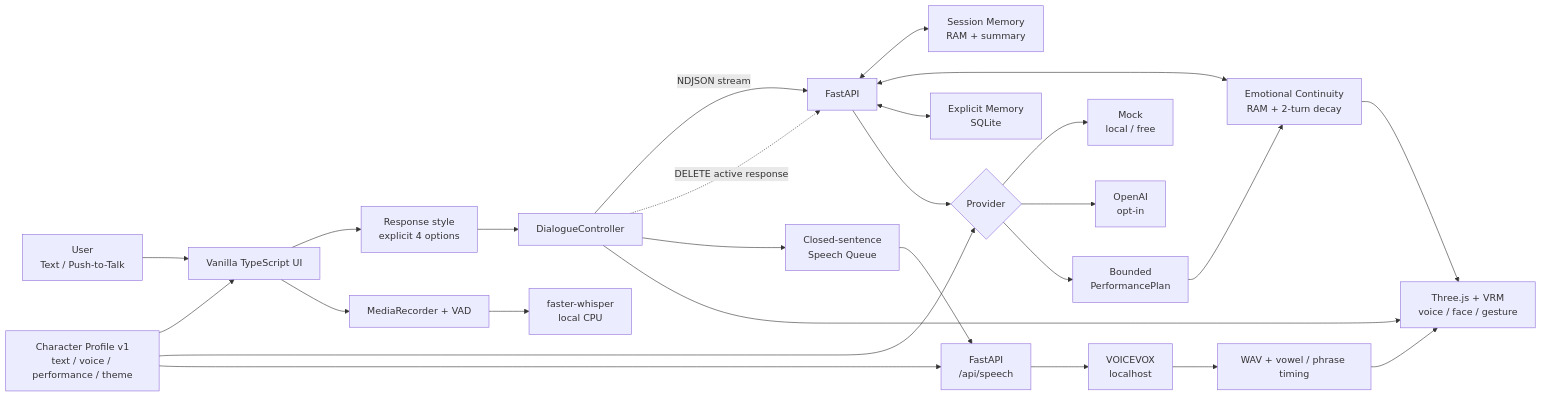
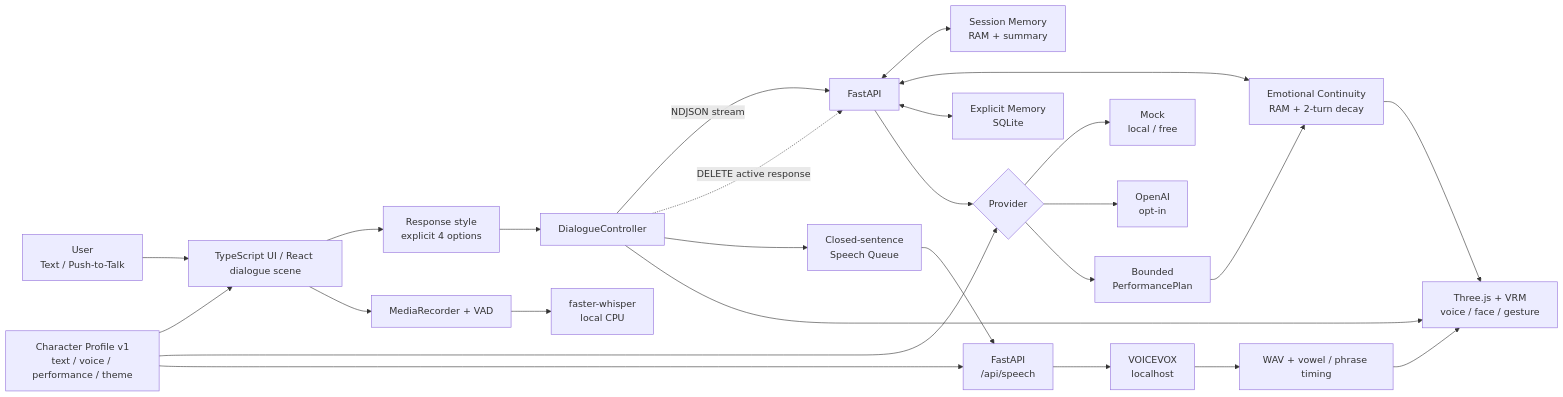
Before and after one commit to yutoo77/adaptive-vrm-dialogue-agent: the diagram in README.md, drawn with Mermaid. The commit also changed other lines of this file and 20 other files, not shown here.

Commit message:
Build an immersive moonlit dialogue scene (#17)

````diff
--- a/README.md
+++ b/README.md
@@ -135,30 +135,30 @@
 ```mermaid
 flowchart LR
-    User["User\nText / Push-to-Talk"] --> UI["Vanilla TypeScript UI"]
+    User["User\nText / Push-to-Talk"] --> UI["TypeScript UI / React dialogue scene"]
     UI --> Style["Response style\nexplicit 4 options"]
     Profile["Character Profile v1\ntext / voice / performance / theme"] --> UI
     Style --> Dialogue["DialogueController"]
     Dialogue -->|"NDJSON stream"| API["FastAPI"]
     Dialogue -. "DELETE active response" .-> API
     API <--> Session["Session Memory\nRAM + summary"]
     API <--> Affect["Emotional Continuity\nRAM + 2-turn decay"]
     API <--> SQLite["Explicit Memory\nSQLite"]
     API --> Provider{"Provider"}
     Profile --> Provider
     Provider --> Mock["Mock\nlocal / free"]
     Provider --> OpenAI["OpenAI\nopt-in"]
     Provider --> Plan["Bounded\nPerformancePlan"]
     Plan --> Affect
 
     UI --> PTT["MediaRecorder + VAD"]
     PTT --> Whisper["faster-whisper\nlocal CPU"]
 
     Dialogue --> SentenceQueue["Closed-sentence\nSpeech Queue"]
     SentenceQueue --> SpeechAPI["FastAPI\n/api/speech"]
     SpeechAPI --> Voicevox["VOICEVOX\nlocalhost"]
     Profile --> SpeechAPI
     Voicevox --> Timing["WAV + vowel / phrase timing"]
     Timing --> Avatar["Three.js + VRM\nvoice / face / gesture"]
     Affect --> Avatar
     Dialogue --> Avatar
 ```
````
